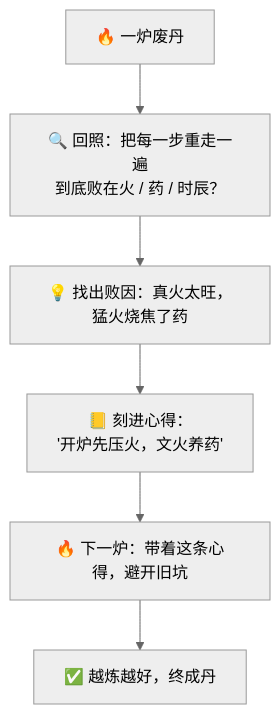
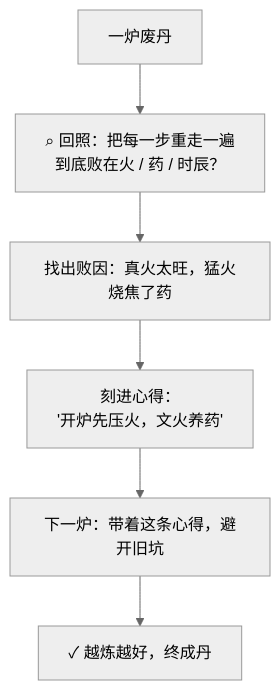
Before and after one commit to luckykhy/KhyAiHub: the second of 3 diagrams in docs/09_STORY_修仙学AI/STORY-番外/[STORY-番外-108] 番外09·回照自省·闻过则改.md, drawn with Mermaid (neutral theme). The commit also changed other lines of this file and 19 other files, not shown here.

````diff
--- a/docs/09_STORY_修仙学AI/STORY-番外/[STORY-番外-108] 番外09·回照自省·闻过则改.md
+++ b/docs/09_STORY_修仙学AI/STORY-番外/[STORY-番外-108] 番外09·回照自省·闻过则改.md
@@ -70,8 +70,8 @@
 ```mermaid
 flowchart TB
-  FAIL["🔥 一炉废丹"] --> BACK["🔍 回照：把每一步重走一遍<br/>到底败在火 / 药 / 时辰？"]
-  BACK --> CAUSE["💡 找出败因：真火太旺，猛火烧焦了药"]
-  CAUSE --> NOTE["📒 刻进心得：<br/>'开炉先压火，文火养药'"]
-  NOTE --> AGAIN["🔥 下一炉：带着这条心得，避开旧坑"]
-  AGAIN --> WIN["✅ 越炼越好，终成丹"]
+  FAIL["一炉废丹"] --> BACK["⌕ 回照：把每一步重走一遍<br/>到底败在火 / 药 / 时辰？"]
+  BACK --> CAUSE["找出败因：真火太旺，猛火烧焦了药"]
+  CAUSE --> NOTE["刻进心得：<br/>'开炉先压火，文火养药'"]
+  NOTE --> AGAIN["下一炉：带着这条心得，避开旧坑"]
+  AGAIN --> WIN["✓ 越炼越好，终成丹"]
 ```
````
